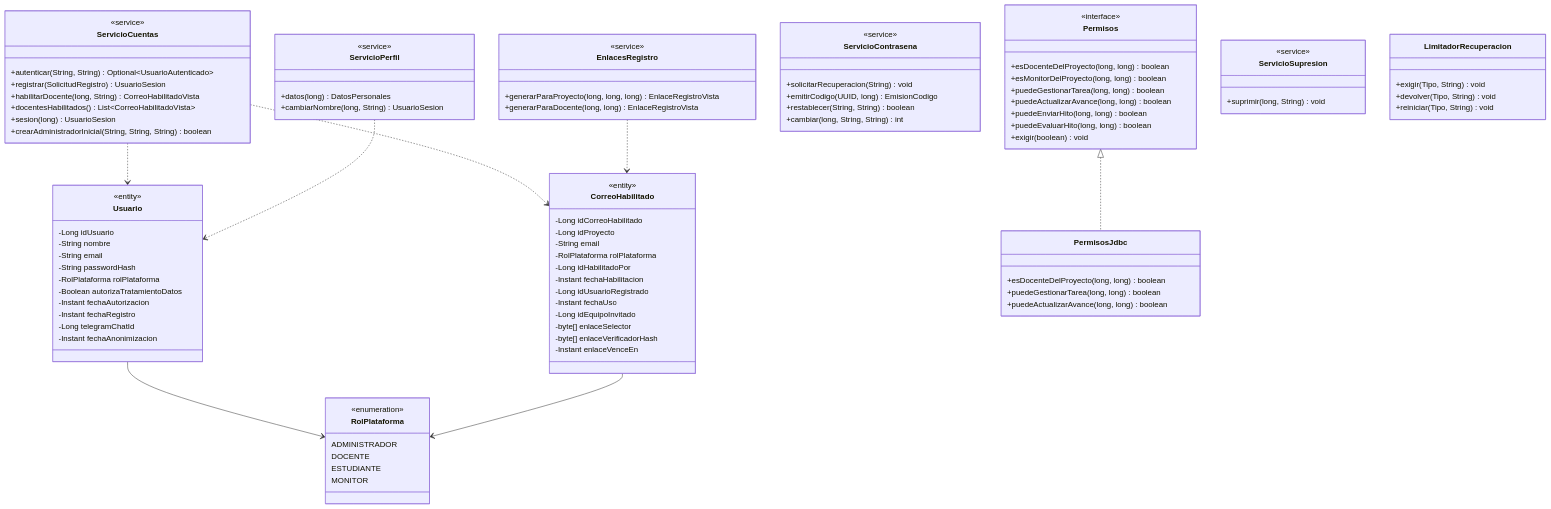
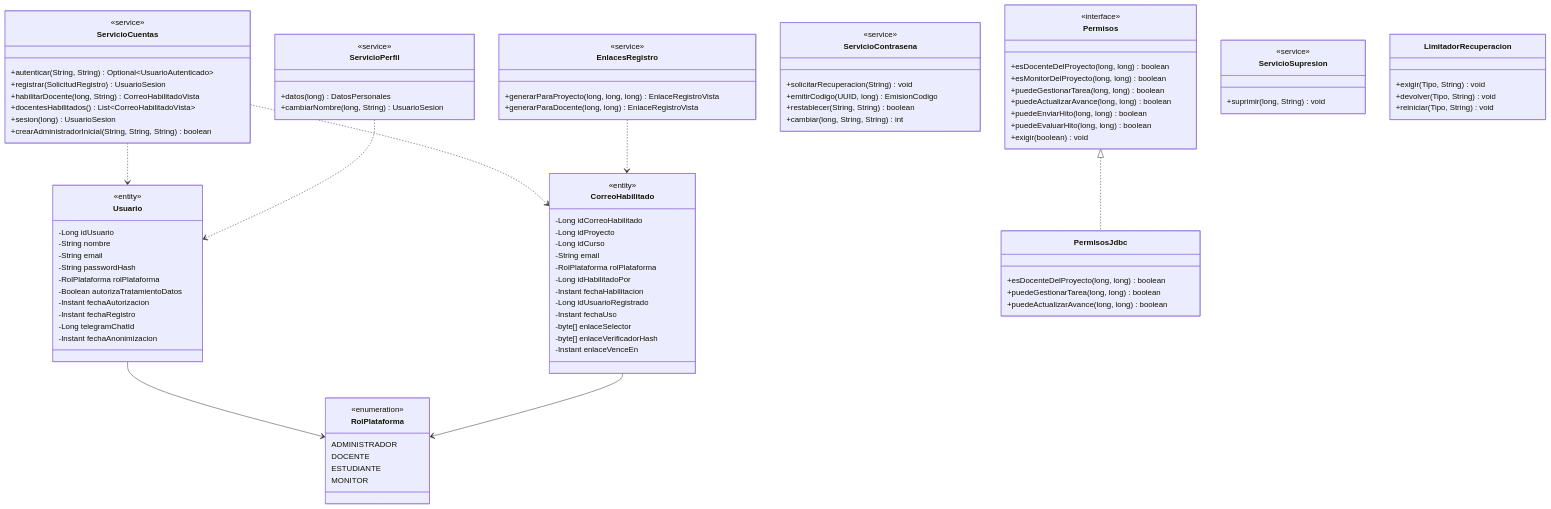
One commit to JDriveBB/UniProject-2 changed the sixth of 9 diagrams in documentacion/diseno/05-dominio.md. Above: the diagram before and after it, drawn with Mermaid. The commit also changed other lines of this file and 11 other files, not shown here.

```diff
--- a/documentacion/diseno/05-dominio.md
+++ b/documentacion/diseno/05-dominio.md
@@ -589,13 +638,13 @@
         <<entity>>
         -Long idCorreoHabilitado
         -Long idProyecto
+        -Long idCurso
         -String email
         -RolPlataforma rolPlataforma
         -Long idHabilitadoPor
         -Instant fechaHabilitacion
         -Long idUsuarioRegistrado
         -Instant fechaUso
-        -Long idEquipoInvitado
         -byte[] enlaceSelector
         -byte[] enlaceVerificadorHash
         -Instant enlaceVenceEn
```
